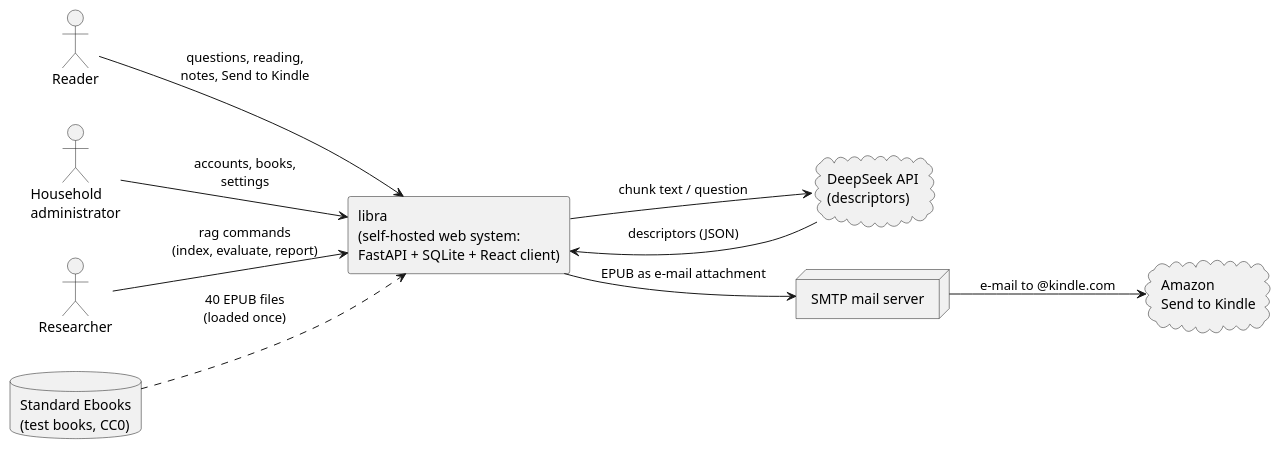
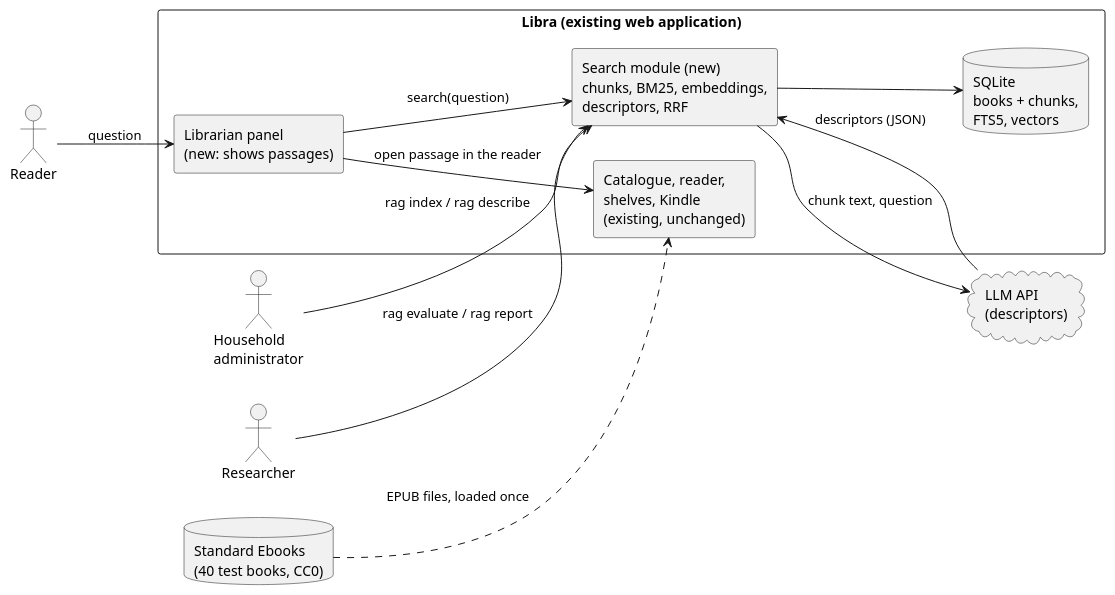
One commit to eugene-chekan/libra changed the diagram in docs/ba/diagrams/context.puml. Above: the diagram before and after it, drawn with PlantUML. The commit also changed 4 other files, not shown here.

```diff
--- a/docs/ba/diagrams/context.puml
+++ b/docs/ba/diagrams/context.puml
@@ -1,28 +1,33 @@
 @startuml context
-' Context diagram: libra, its users and the external systems.
+' Context diagram: the new search module inside the existing Libra
+' application, its users and the external systems.
 ' Render: paste into https://www.plantuml.com/plantuml or use the
 ' PlantUML extension in VS Code, then save as context.png here.
 left to right direction
 skinparam shadowing false
 skinparam defaultFontName Arial
 
 actor "Reader" as reader
 actor "Household\nadministrator" as admin
 actor "Researcher" as researcher
 
-rectangle "libra\n(self-hosted web system:\nFastAPI + SQLite + React client)" as libra
+rectangle "Libra (existing web application)" {
+  rectangle "Librarian panel\n(new: shows passages)" as panel
+  rectangle "Search module (new)\nchunks, BM25, embeddings,\ndescriptors, RRF" as search
+  database "SQLite\nbooks + chunks,\nFTS5, vectors" as db
+  rectangle "Catalogue, reader,\nshelves, Kindle\n(existing, unchanged)" as existing
+}
 
-cloud "DeepSeek API\n(descriptors)" as deepseek
-node "SMTP mail server" as smtp
-cloud "Amazon\nSend to Kindle" as amazon
-database "Standard Ebooks\n(test books, CC0)" as se
+cloud "LLM API\n(descriptors)" as llm
+database "Standard Ebooks\n(40 test books, CC0)" as se
 
-reader --> libra : questions, reading,\nnotes, Send to Kindle
-admin --> libra : accounts, books,\nsettings
-researcher --> libra : rag commands\n(index, evaluate, report)
-libra --> deepseek : chunk text / question
-deepseek --> libra : descriptors (JSON)
-libra --> smtp : EPUB as e-mail attachment
-smtp --> amazon : e-mail to @kindle.com
-se ..> libra : 40 EPUB files\n(loaded once)
+reader --> panel : question
+panel --> search : search(question)
+search --> db
+panel --> existing : open passage in the reader
+admin --> search : rag index / rag describe
+researcher --> search : rag evaluate / rag report
+search --> llm : chunk text, question
+llm --> search : descriptors (JSON)
+se ..> existing : EPUB files, loaded once
 @enduml
```
